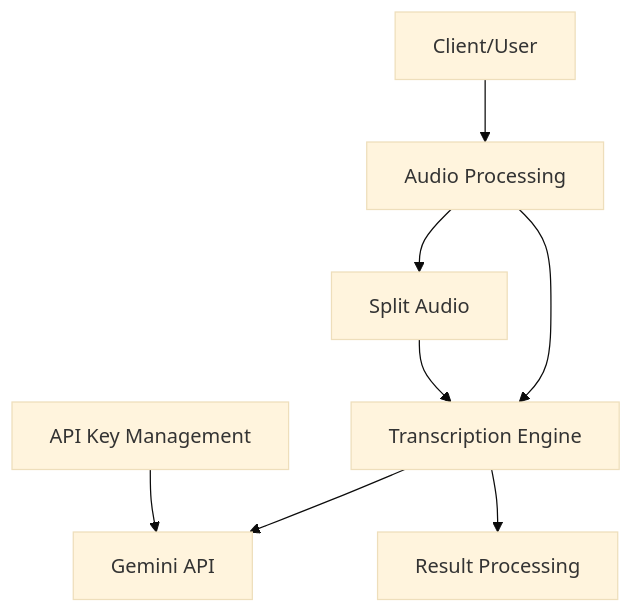
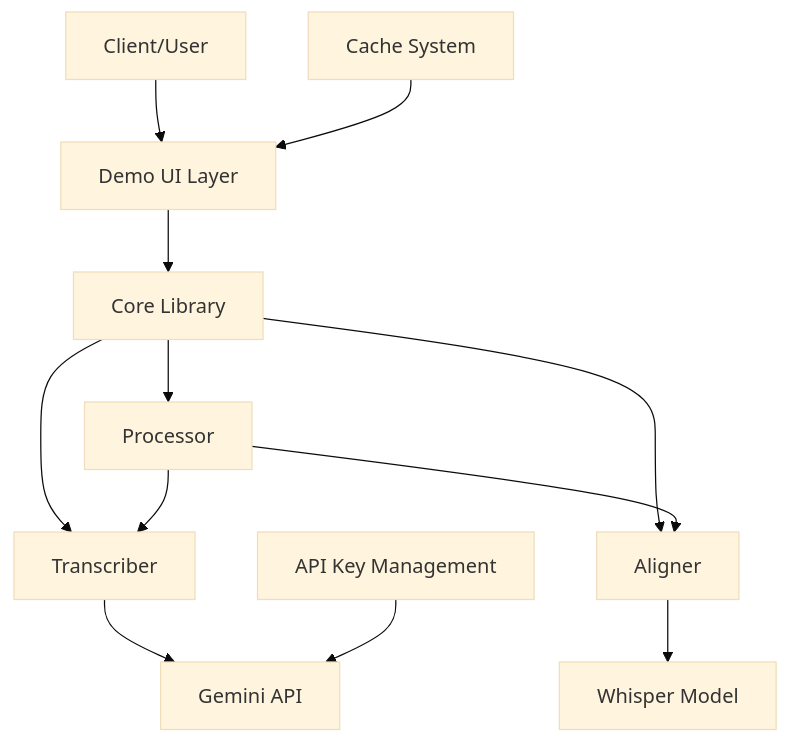
One commit to manhcuong17072002/AudioTranscription changed the first of 5 diagrams in memory-bank/systemPatterns.md. Above: the diagram before and after it, drawn with Mermaid (base theme). The commit also changed other lines of this file and 5 other files, not shown here.

````diff
--- a/memory-bank/systemPatterns.md
+++ b/memory-bank/systemPatterns.md
@@ -6,10 +7,14 @@
 ```mermaid
 graph TD
-    A[Client/User] --> B[Audio Processing]
-    B --> C[Split Audio]
-    B --> D[Transcription Engine]
-    D --> E[Gemini API]
-    F[API Key Management] --> E
-    C --> D
-    D --> G[Result Processing]
+    A[Client/User] --> B[Demo UI Layer]
+    B --> C[Core Library]
+    C --> D[Transcriber]
+    C --> E[Aligner]
+    C --> F[Processor]
+    D --> G[Gemini API]
+    E --> H[Whisper Model]
+    F --> D
+    F --> E
+    I[API Key Management] --> G
+    J[Cache System] --> B
 ```
````
